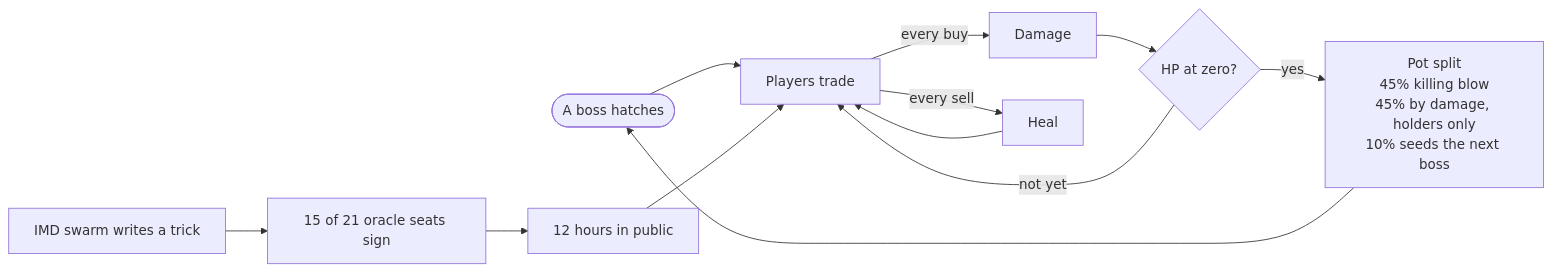
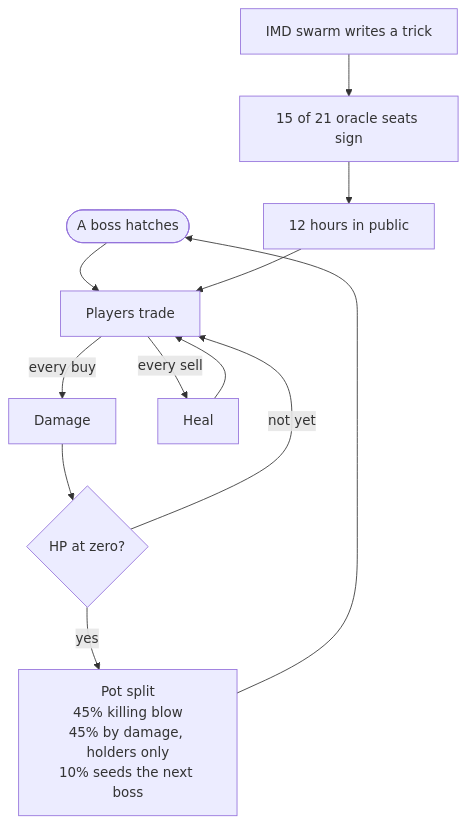
The first of 3 diagrams in README.md (HitTheBossApp/boss), drawn with Mermaid before and after one commit.

Commit message:
README: the life-of-a-boss diagram reads top-down, so its labels stay legible

````diff
--- a/README.md
+++ b/README.md
@@ -73,14 +73,14 @@
 ```mermaid
-flowchart LR
+flowchart TD
     H([A boss hatches]) --> F[Players trade]
     F -->|every buy| D[Damage]
     F -->|every sell| L[Heal]
     L --> F
     D --> Q{HP at zero?}
     Q -- not yet --> F
     Q -- yes --> K[Pot split<br/>45% killing blow<br/>45% by damage, holders only<br/>10% seeds the next boss]
     K --> H
     S[IMD swarm writes a trick] --> O[15 of 21 oracle seats sign]
     O --> W[12 hours in public]
     W --> F
 ```
````
